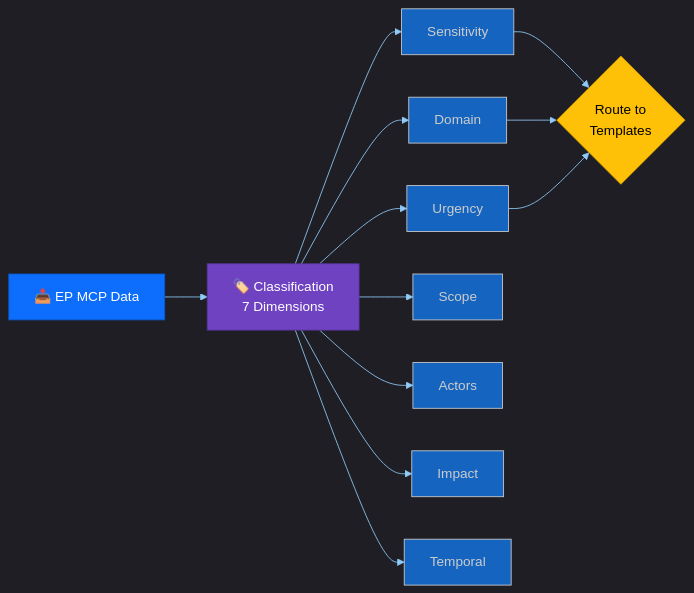
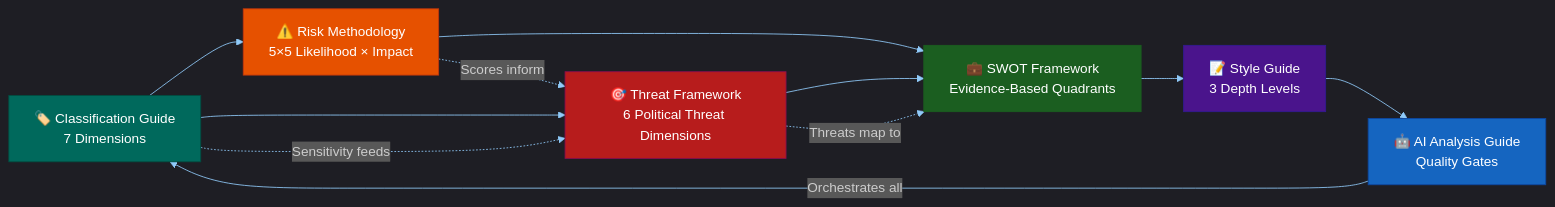
The third of 12 diagrams in docs/api/media/README-9.md (Hack23/euparliamentmonitor), drawn with Mermaid before and after one commit. The commit also changed other lines of this file and 1239 other files, not shown here.

````diff
--- a/docs/api/media/README-9.md
+++ b/docs/api/media/README-9.md
@@ -348,17 +159,21 @@
 ```mermaid
 %%{init: {"theme":"dark","themeVariables":{"primaryColor":"#1565C0","primaryTextColor":"#ffffff","primaryBorderColor":"#0A3F7F","lineColor":"#90CAF9","secondaryColor":"#2E7D32","secondaryTextColor":"#ffffff","secondaryBorderColor":"#0F3F00","tertiaryColor":"#FF9800","tertiaryTextColor":"#000000","tertiaryBorderColor":"#7F4F00","mainBkg":"#1565C0","secondBkg":"#2E7D32","tertiaryBkg":"#FF9800","noteBkgColor":"#FFC107","noteTextColor":"#000000","noteBorderColor":"#7F6000","errorBkgColor":"#D32F2F","errorTextColor":"#ffffff","fontFamily":"Inter, Helvetica, Arial, sans-serif","pie1":"#1565C0","pie2":"#2E7D32","pie3":"#FF9800","pie4":"#D32F2F","pie5":"#FFC107","pie6":"#7B1FA2","pie7":"#9E9E9E","pie8":"#0288D1","pie9":"#388E3C","pie10":"#F57C00","pie11":"#C62828","pie12":"#FBC02D","pieTitleTextSize":"18px","pieSectionTextSize":"14px","pieLegendTextSize":"13px","pieStrokeColor":"#1e1e1e","pieOuterStrokeColor":"#1e1e1e","git0":"#1565C0","git1":"#2E7D32","git2":"#FF9800","git3":"#D32F2F","gitBranchLabel0":"#ffffff","gitBranchLabel1":"#ffffff","gitBranchLabel2":"#000000","gitBranchLabel3":"#ffffff","cScale0":"#1565C0","cScale1":"#2E7D32","cScale2":"#FF9800","cScale3":"#D32F2F","cScale4":"#FFC107","cScale5":"#7B1FA2","cScale6":"#9E9E9E","cScale7":"#0288D1","xyChart":{"backgroundColor":"#1e1e1e","plotColorPalette":"#1565C0,#2E7D32,#FF9800,#D32F2F,#FFC107,#7B1FA2,#9E9E9E"}}}}%%
-flowchart LR
-    EP["📥 EP MCP Data"] --> CLS["🏷️ Classification<br/>7 Dimensions"]
-    CLS --> S["Sensitivity"]
-    CLS --> D["Domain"]
-    CLS --> U["Urgency"]
-    CLS --> G["Scope"]
-    CLS --> A["Actors"]
-    CLS --> I["Impact"]
-    CLS --> T["Temporal"]
-    S & D & U --> ROUTE{"Route to<br/>Templates"}
+graph LR
+    CG[🏷️ Classification Guide<br/>7 Dimensions] --> RG[⚠️ Risk Methodology<br/>5×5 Likelihood × Impact]
+    CG --> TF[🎯 Threat Framework<br/>6 Political Threat Dimensions]
+    RG --> SW[💼 SWOT Framework<br/>Evidence-Based Quadrants]
+    TF --> SW
+    SW --> SG[📝 Style Guide<br/>3 Depth Levels]
+    SG --> AI[🤖 AI Analysis Guide<br/>Quality Gates]
+    AI -->|Orchestrates all| CG
+    CG -.->|Sensitivity feeds| TF
+    RG -.->|Scores inform| TF
+    TF -.->|Threats map to| SW
 
-    style EP fill:#0d6efd,color:#fff,stroke:#0a58ca
-    style CLS fill:#6f42c1,color:#fff,stroke:#59359a
-    style ROUTE fill:#ffc107,color:#000,stroke:#d39e00
+    style CG fill:#00695C,stroke:#004D40,color:#FFFFFF
+    style RG fill:#E65100,stroke:#BF360C,color:#FFFFFF
+    style TF fill:#B71C1C,stroke:#880E4F,color:#FFFFFF
+    style SW fill:#1B5E20,stroke:#1B5E20,color:#FFFFFF
+    style SG fill:#4A148C,stroke:#311B92,color:#FFFFFF
+    style AI fill:#1565C0,stroke:#0D47A1,color:#FFFFFF
 ```
````
